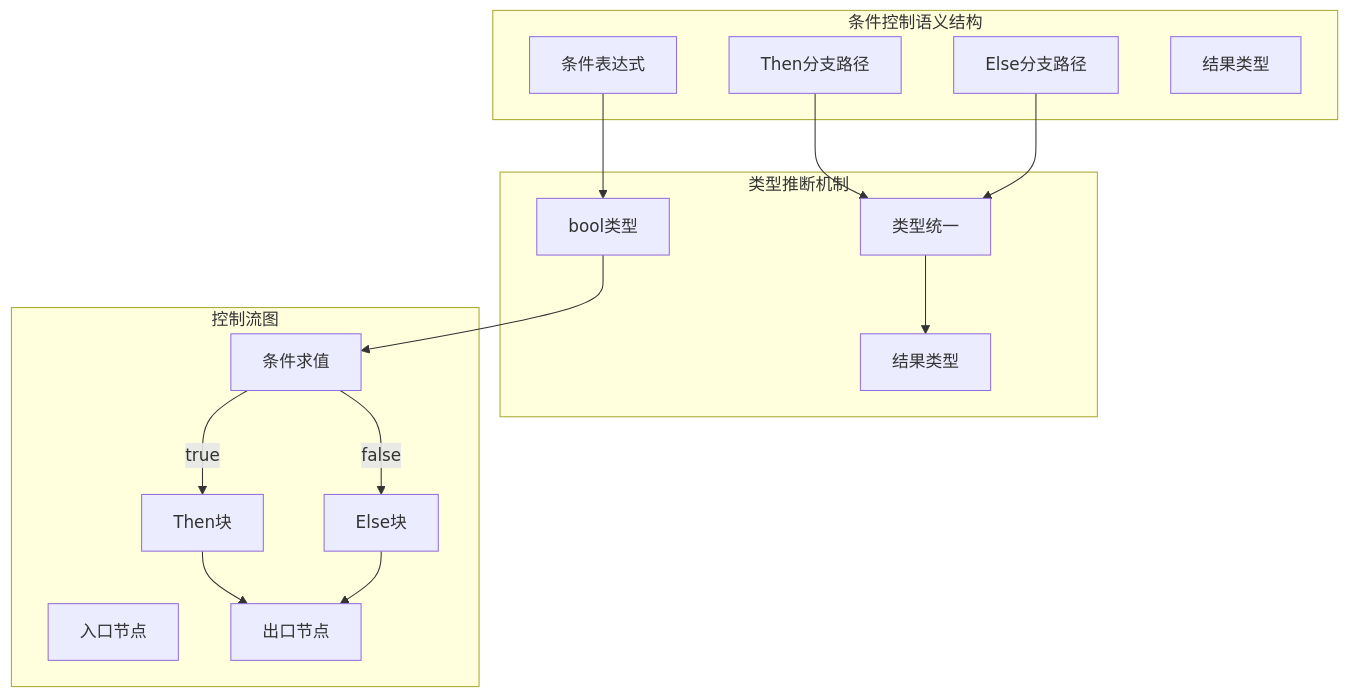
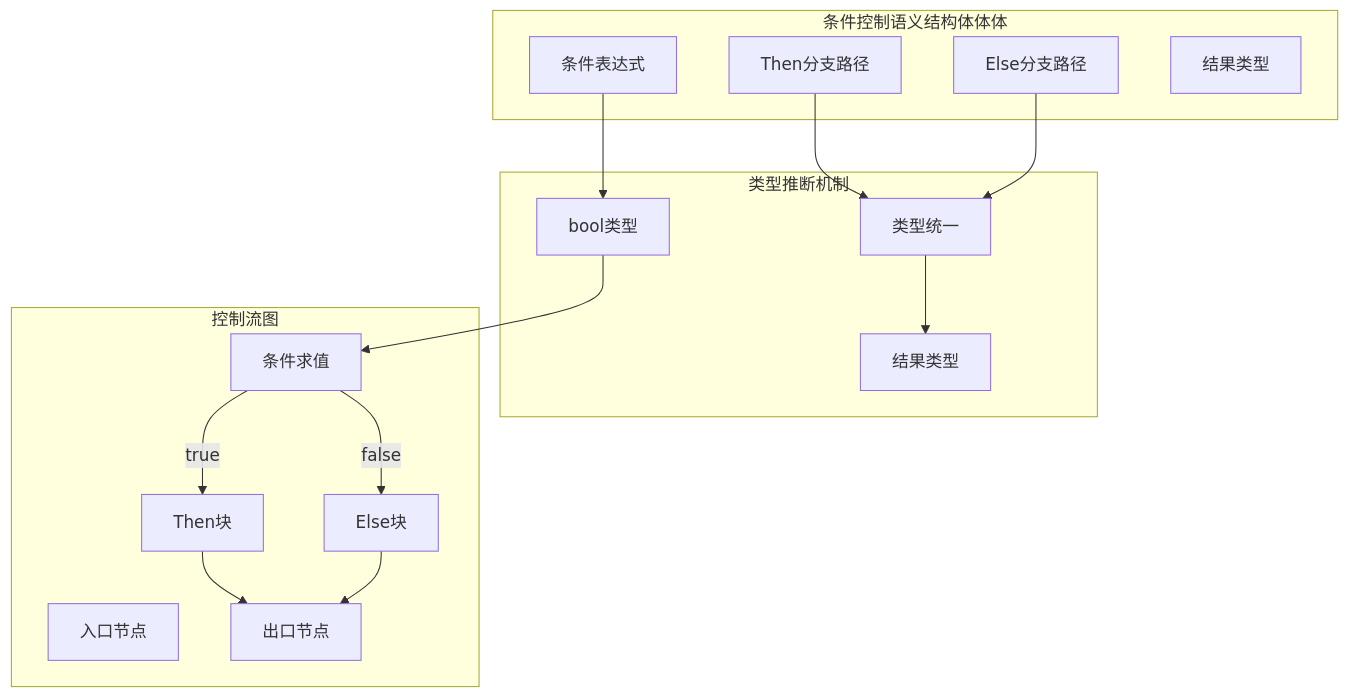
The first of 3 diagrams in formal_rust/refactor/01_core_theory/02_control_semantics/01_control_flow_semantics/01_conditional_control_semantics.md (martin-ly/rust-lang), drawn with Mermaid before and after one commit. The commit also changed other lines of this file and 5740 other files, not shown here.

````diff
--- a/formal_rust/refactor/01_core_theory/02_control_semantics/01_control_flow_semantics/01_conditional_control_semantics.md
+++ b/formal_rust/refactor/01_core_theory/02_control_semantics/01_control_flow_semantics/01_conditional_control_semantics.md
@@ -89,34 +89,34 @@
 ```mermaid
 graph TB
-    subgraph "条件控制语义结构"
+    subgraph "条件控制语义结构体体体"
         Condition[条件表达式]
         ThenPath[Then分支路径]
         ElsePath[Else分支路径]
         Result[结果类型]
     end
 
     subgraph "类型推断机制"
         BoolType[bool类型]
         UnifyType[类型统一]
         ResultType[结果类型]
     end
 
     subgraph "控制流图"
         Entry[入口节点]
         CondEval[条件求值]
         ThenBlock[Then块]
         ElseBlock[Else块]
         Exit[出口节点]
     end
 
     Condition --> BoolType
     BoolType --> CondEval
     CondEval -->|true| ThenBlock
     CondEval -->|false| ElseBlock
     ThenBlock --> Exit
     ElseBlock --> Exit
 
     ThenPath --> UnifyType
     ElsePath --> UnifyType
     UnifyType --> ResultType
 ```
````
